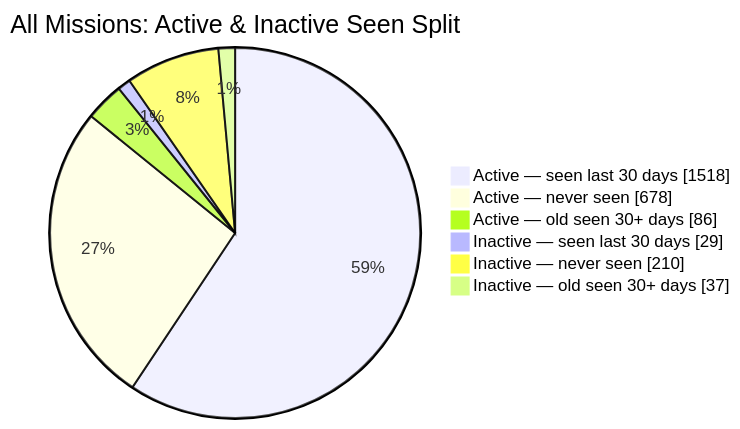
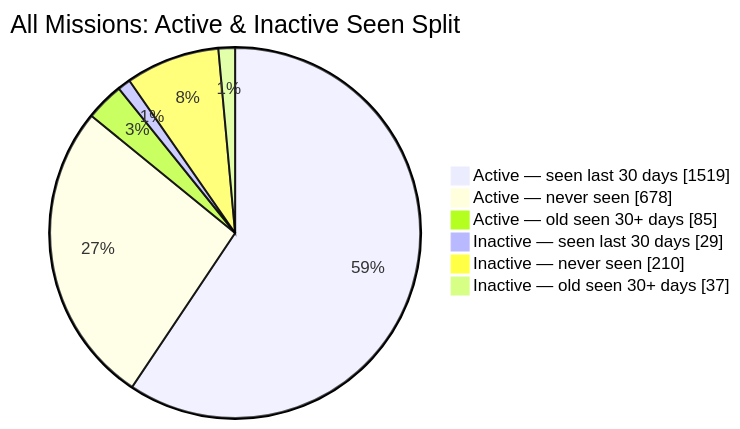
Before and after one commit to MeldkamerspelGameTeam/active-missions: the second of 2 diagrams in README.md, drawn with Mermaid. The commit also changed other lines of this file and 2 other files, not shown here.

````diff
--- a/README.md
+++ b/README.md
@@ -44,10 +44,10 @@
 ```mermaid
 pie showData
     title All Missions: Active & Inactive Seen Split
-    "Active — seen last 30 days" : 1518
+    "Active — seen last 30 days" : 1519
     "Active — never seen" : 678
-    "Active — old seen 30+ days" : 86
+    "Active — old seen 30+ days" : 85
     "Inactive — seen last 30 days" : 29
     "Inactive — never seen" : 210
     "Inactive — old seen 30+ days" : 37
 ```
````
